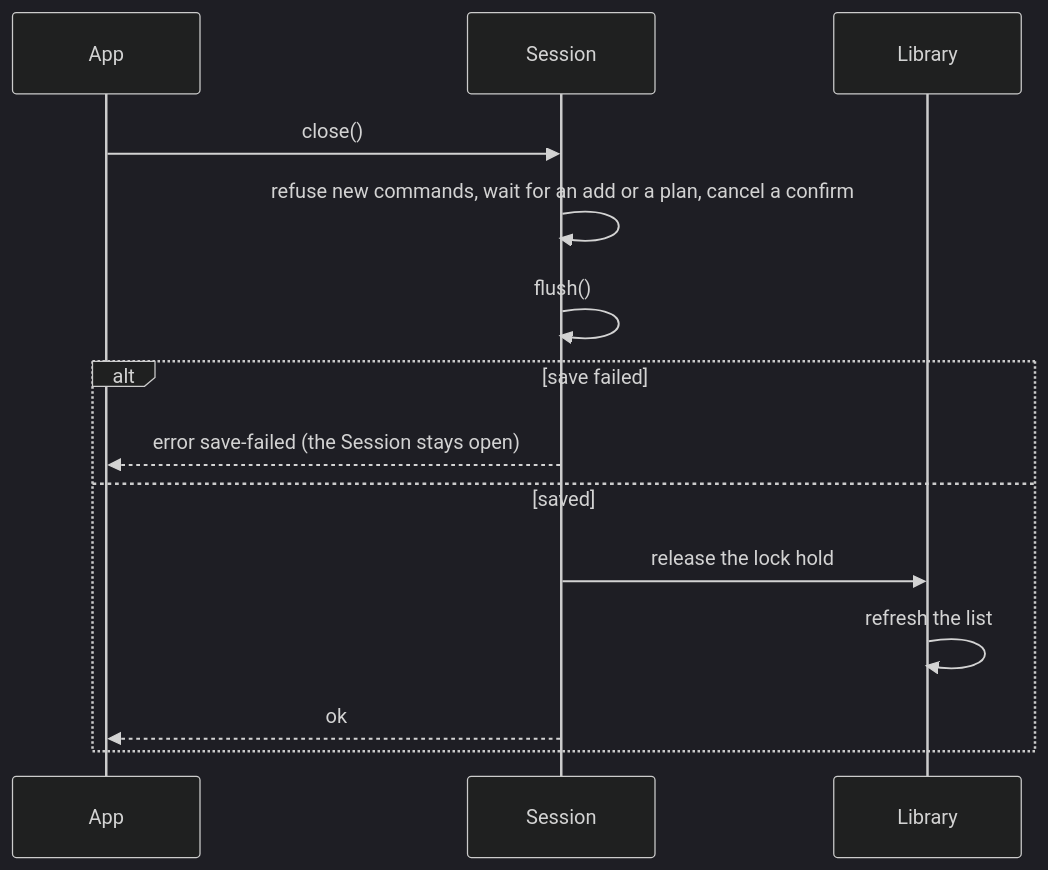
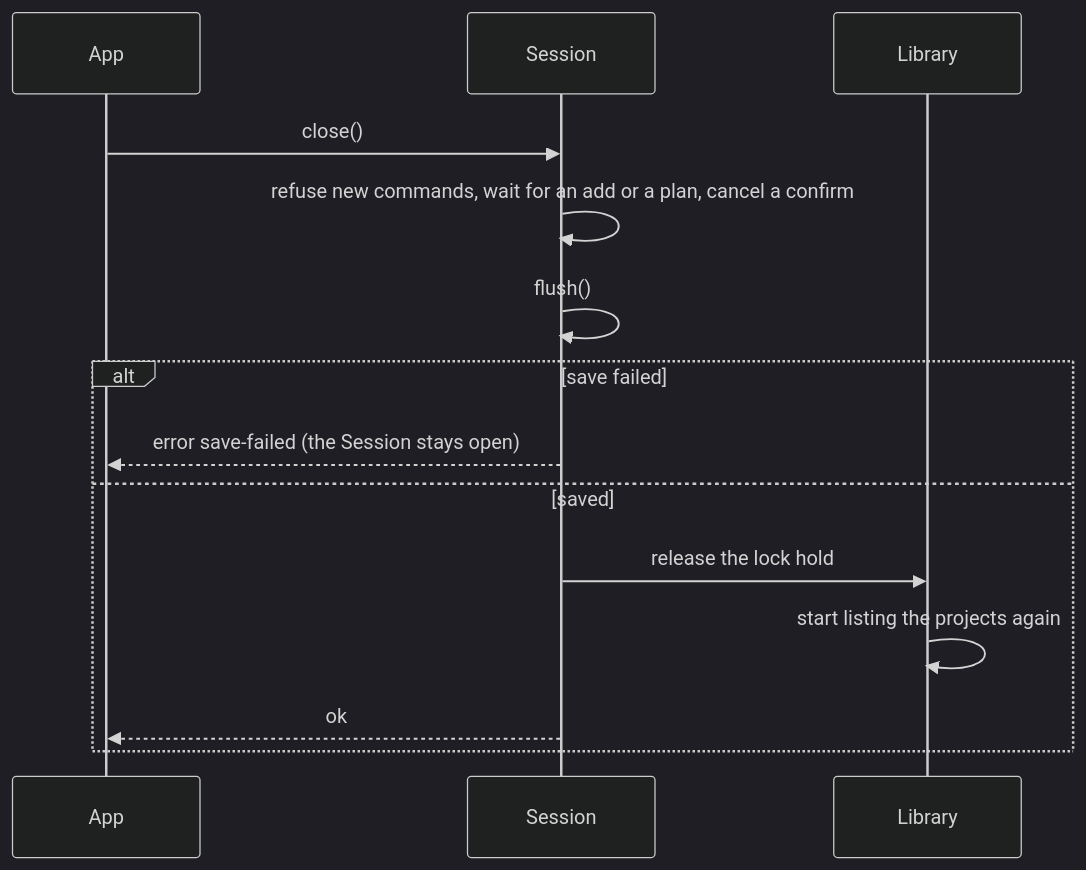
The fifth of 6 diagrams in docs/designs/composable-engine.md (Sahil333/redactorator), drawn with Mermaid (dark theme) before and after one commit. The commit also changed other lines of this file, not shown here.

````diff
--- a/docs/designs/composable-engine.md
+++ b/docs/designs/composable-engine.md
@@ -916,16 +927,16 @@
 ```mermaid
 sequenceDiagram
   participant App
   participant Session
   participant Library
   App->>Session: close()
   Session->>Session: refuse new commands, wait for an add or a plan, cancel a confirm
   Session->>Session: flush()
   alt save failed
     Session-->>App: error save-failed (the Session stays open)
   else saved
     Session->>Library: release the lock hold
-    Library->>Library: refresh the list
+    Library->>Library: start listing the projects again
     Session-->>App: ok
   end
 ```
````
